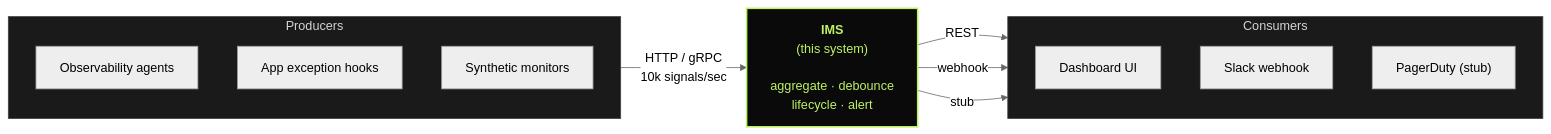
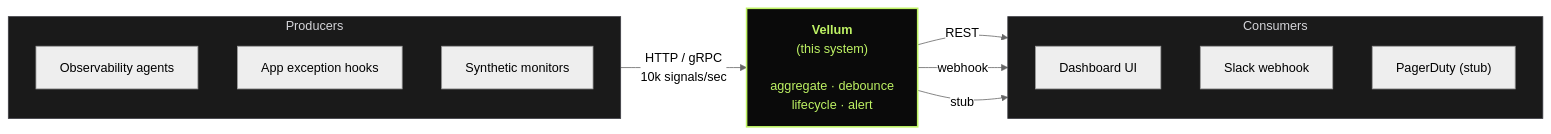
One commit to kubeboiii/vellum changed the first of 2 diagrams in docs/01-architecture.md. Above: the diagram before and after it, drawn with Mermaid (neutral theme). The commit also changed other lines of this file and 133 other files, not shown here.

First line of the commit message:
Rename: IMS → Vellum + strip non-essential comments

````diff
--- a/docs/01-architecture.md
+++ b/docs/01-architecture.md
@@ -29,28 +29,28 @@
 ```mermaid
 flowchart LR
     subgraph producers["Producers"]
         direction TB
         agents["Observability agents"]
         hooks["App exception hooks"]
         synth["Synthetic monitors"]
     end
 
-    ims["<b>IMS</b><br/>(this system)<br/><br/>aggregate · debounce<br/>lifecycle · alert"]
+    vellum["<b>Vellum</b><br/>(this system)<br/><br/>aggregate · debounce<br/>lifecycle · alert"]
 
     subgraph consumers["Consumers"]
         direction TB
         dash["Dashboard UI"]
         slack["Slack webhook"]
         pd["PagerDuty (stub)"]
     end
 
-    producers -- "HTTP / gRPC<br/>10k signals/sec" --> ims
-    ims -- "REST" --> dash
-    ims -- "webhook" --> slack
-    ims -- "stub" --> pd
+    producers -- "HTTP / gRPC<br/>10k signals/sec" --> vellum
+    vellum -- "REST" --> dash
+    vellum -- "webhook" --> slack
+    vellum -- "stub" --> pd
 
     classDef sys fill:#0a0a0a,stroke:#bef264,stroke-width:2px,color:#bef264
     classDef boundary fill:#1a1a1a,stroke:#3f3f46,color:#d4d4d8
-    class ims sys
+    class vellum sys
     class producers,consumers boundary
 ```
````
